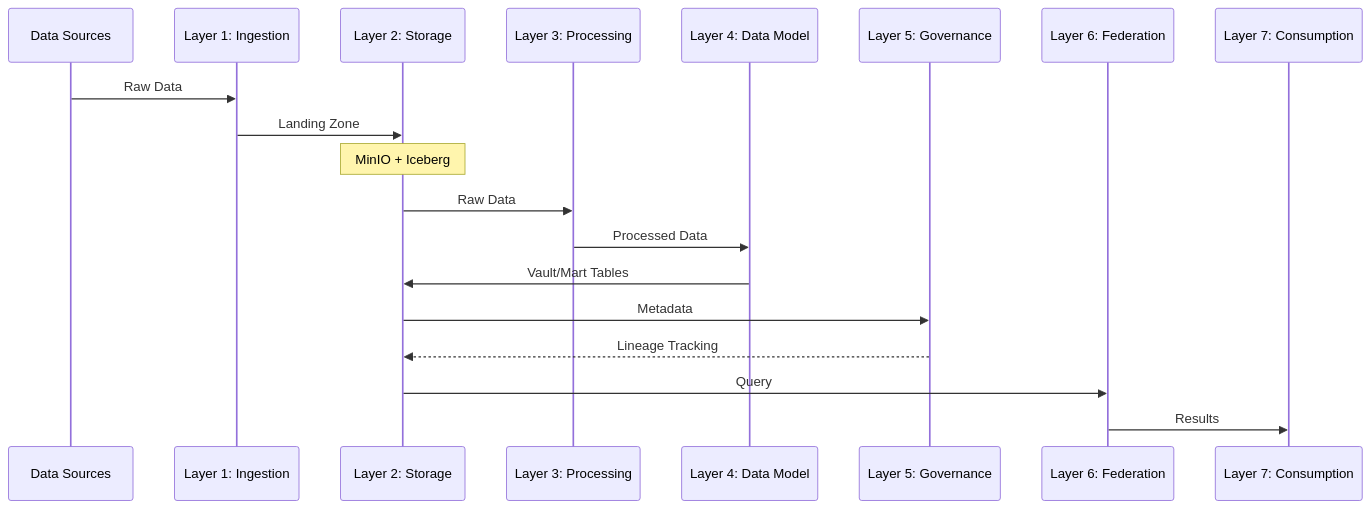
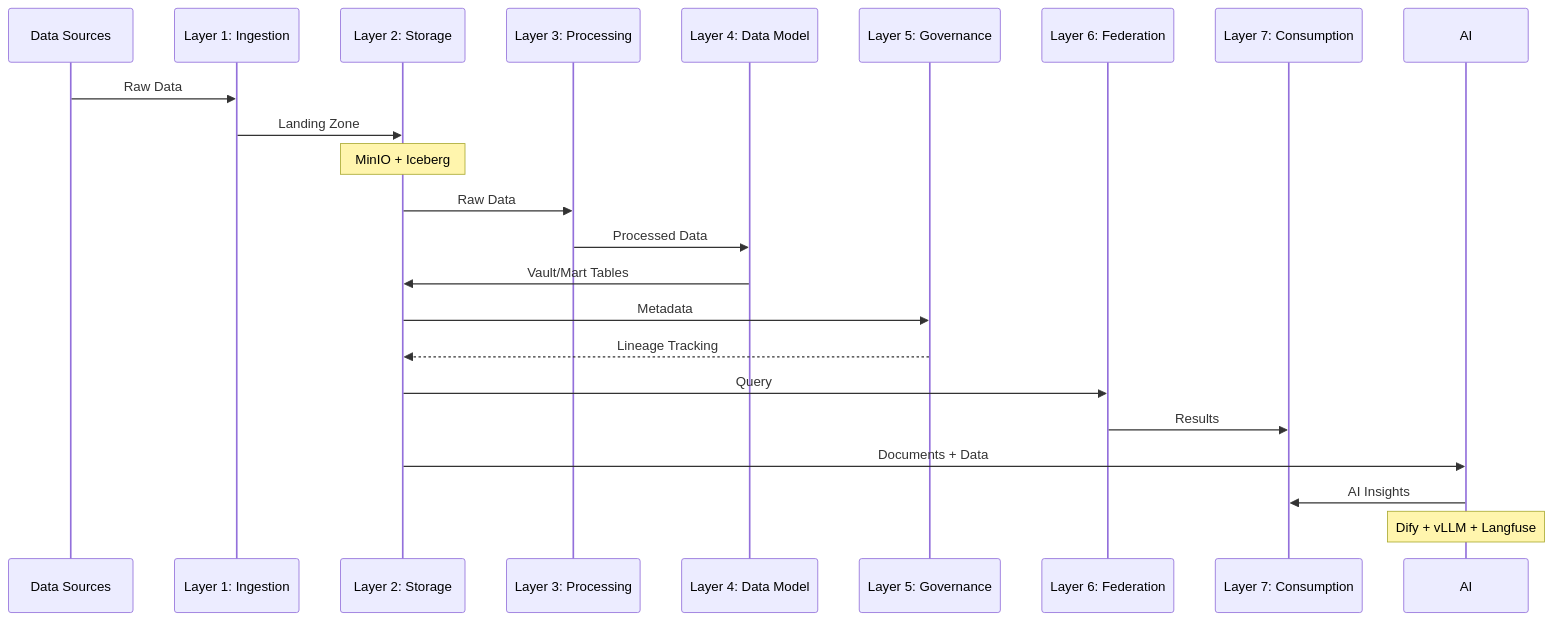
The second of 2 diagrams in website/docs/00-overview/architecture.md (trangtoan293/hanas-doc), drawn with Mermaid before and after one commit. The commit also changed other lines of this file and 4 other files, not shown here.

````diff
--- a/website/docs/00-overview/architecture.md
+++ b/website/docs/00-overview/architecture.md
@@ -149,25 +174,29 @@
 ```mermaid
 sequenceDiagram
     participant Source as Data Sources
     participant L1 as Layer 1: Ingestion
     participant L2 as Layer 2: Storage
     participant L3 as Layer 3: Processing
     participant L4 as Layer 4: Data Model
     participant L5 as Layer 5: Governance
     participant L6 as Layer 6: Federation
     participant L7 as Layer 7: Consumption
     
     Source->>L1: Raw Data
     L1->>L2: Landing Zone
     Note over L2: MinIO + Iceberg
     
     L2->>L3: Raw Data
     L3->>L4: Processed Data
     L4->>L2: Vault/Mart Tables
     
     L2->>L5: Metadata
     L5-->>L2: Lineage Tracking
     
     L2->>L6: Query
     L6->>L7: Results
+    
+    L2->>AI: Documents + Data
+    AI->>L7: AI Insights
+    Note over AI: Dify + vLLM + Langfuse
 ```
````
